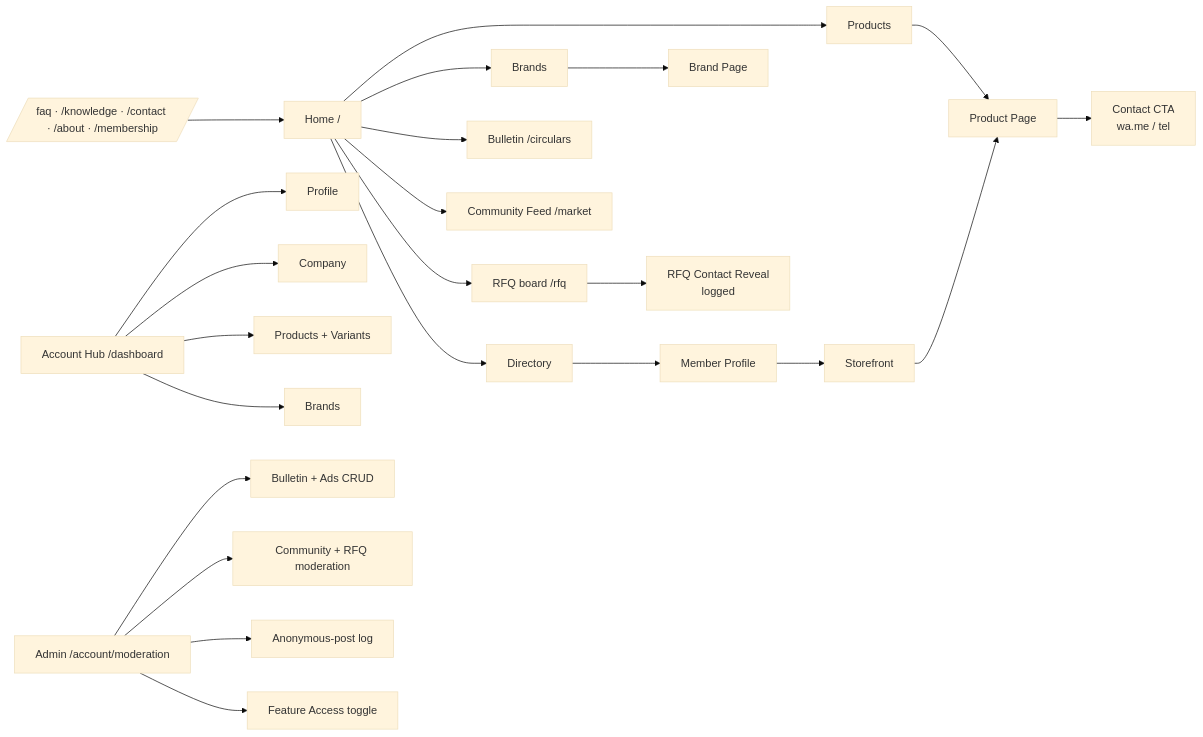
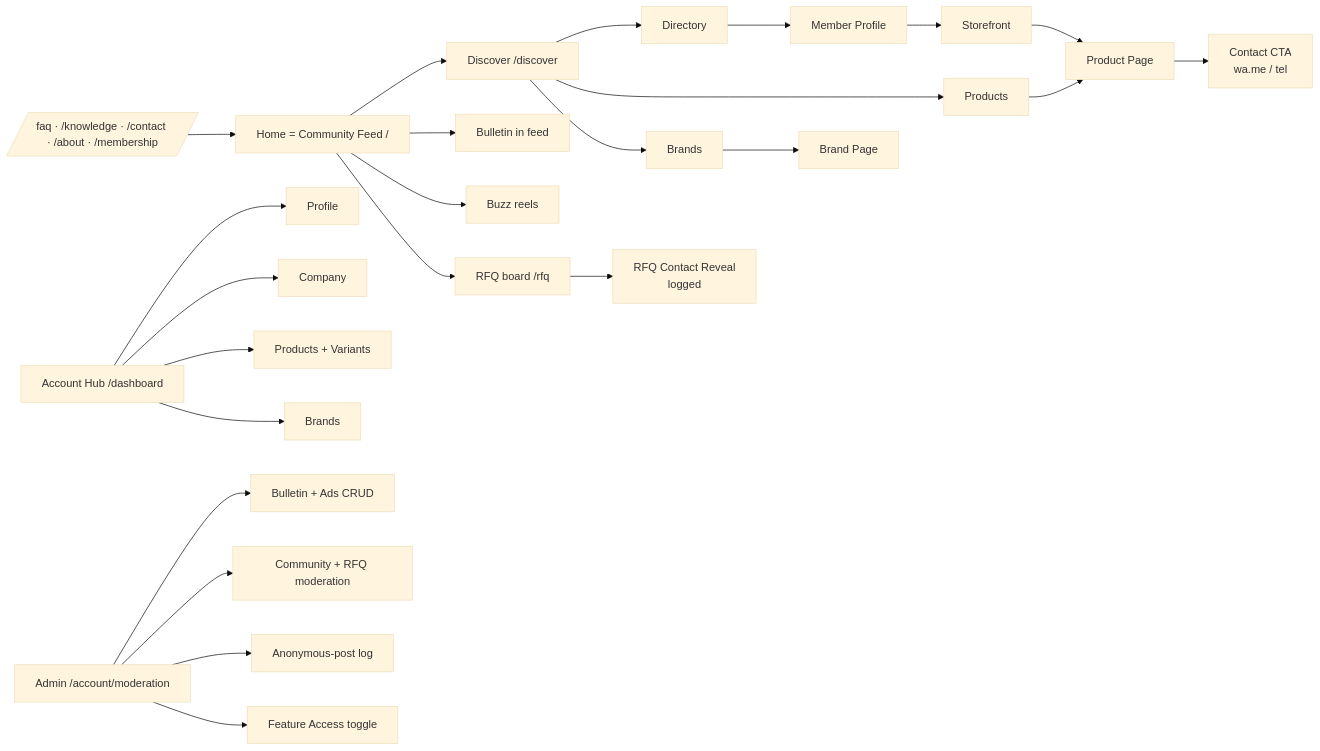
One commit to arka97/mddma-test changed the first of 2 diagrams in src/content/docs/04-functional-spec.md. Above: the diagram before and after it, drawn with Mermaid (base theme). The commit also changed other lines of this file and 6 other files, not shown here.

````diff
--- a/src/content/docs/04-functional-spec.md
+++ b/src/content/docs/04-functional-spec.md
@@ -9,25 +9,26 @@
 ```mermaid
 flowchart LR
-  Home[Home /] --> Dir[Directory]
-  Home --> Prod[Products]
-  Home --> Brands[Brands]
-  Home --> Bulletin[Bulletin /circulars]
-  Home --> Market[Community Feed /market]
+  Home --> Disc[Discover /discover]
+  Disc --> Dir[Directory]
+  Disc --> Prod[Products]
+  Disc --> Brands[Brands]
+  Home --> Bulletin[Bulletin in feed]
+  Home[Home = Community Feed /] --> Buzz[Buzz reels]
   Home --> RFQ[RFQ board /rfq]
   Dir --> Mem[Member Profile]
   Mem --> Store[Storefront]
   Prod --> PP[Product Page]
   Store --> PP
   Brands --> BP[Brand Page]
   PP --> Contact[Contact CTA<br/>wa.me / tel]
   RFQ --> RC[RFQ Contact Reveal<br/>logged]
   Account[Account Hub /dashboard] --> Profile
   Account --> Company
   Account --> ProductsMgr[Products + Variants]
   Account --> BrandsMgr[Brands]
   Admin[Admin /account/moderation] --> CMS[Bulletin + Ads CRUD]
   Admin --> Mod[Community + RFQ moderation]
   Admin --> Anon[Anonymous-post log]
   Admin --> Access[Feature Access toggle]
   Public[/faq · /knowledge · /contact · /about · /membership/] --> Home
 ```
````
